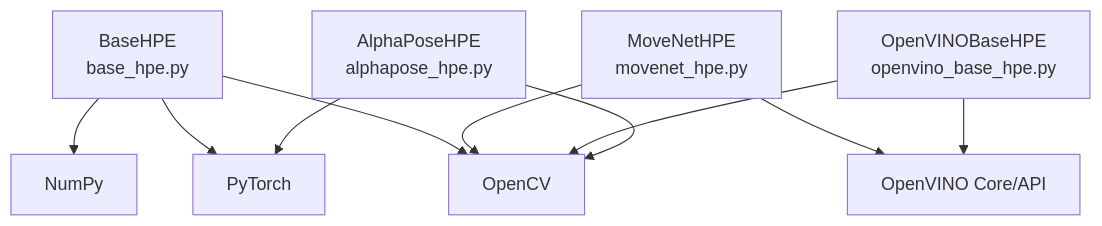
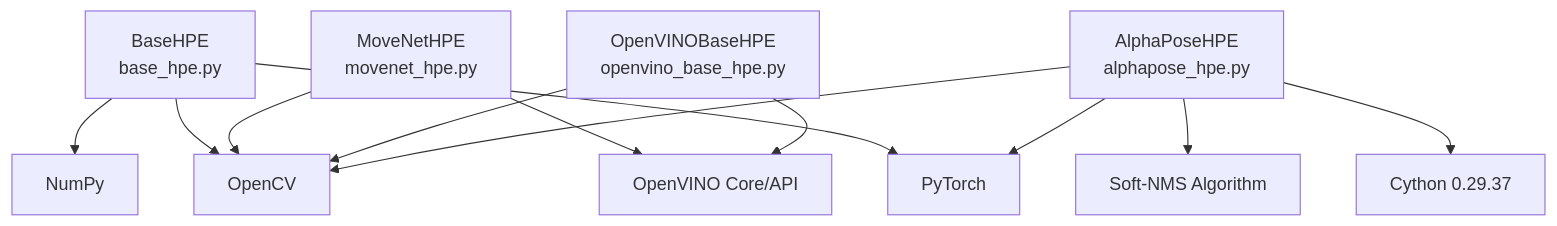
One commit to Fogus-Gr/MeasurementsDTs changed the ninth of 9 diagrams in .qoder/repowiki/en/content/Core Architecture/Model Implementation Patterns.md. Above: the diagram before and after it, drawn with Mermaid. The commit also changed other lines of this file and 7 other files, not shown here.

````diff
--- a/.qoder/repowiki/en/content/Core Architecture/Model Implementation Patterns.md
+++ b/.qoder/repowiki/en/content/Core Architecture/Model Implementation Patterns.md
@@ -356,20 +401,24 @@
 ```mermaid
 graph TB
 Base["BaseHPE<br/>base_hpe.py"]
 MN["MoveNetHPE<br/>movenet_hpe.py"]
 OV["OpenVINOBaseHPE<br/>openvino_base_hpe.py"]
 AP["AlphaPoseHPE<br/>alphapose_hpe.py"]
 CV["OpenCV"]
 PT["PyTorch"]
 NP["NumPy"]
 OVCore["OpenVINO Core/API"]
+Cython["Cython 0.29.37"]
+SNMS["Soft-NMS Algorithm"]
 Base --> CV
 Base --> PT
 Base --> NP
 MN --> OVCore
 MN --> CV
 OV --> OVCore
 OV --> CV
 AP --> PT
 AP --> CV
+AP --> Cython
+AP --> SNMS
 ```
````
